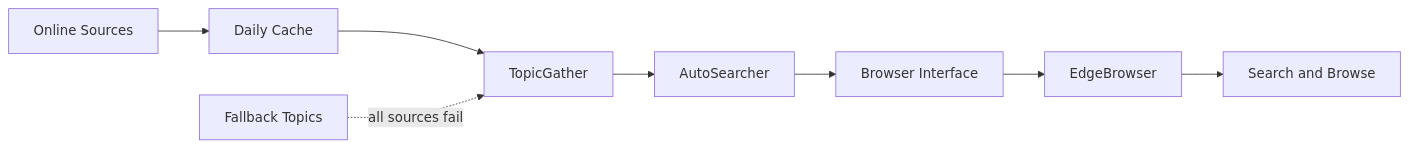
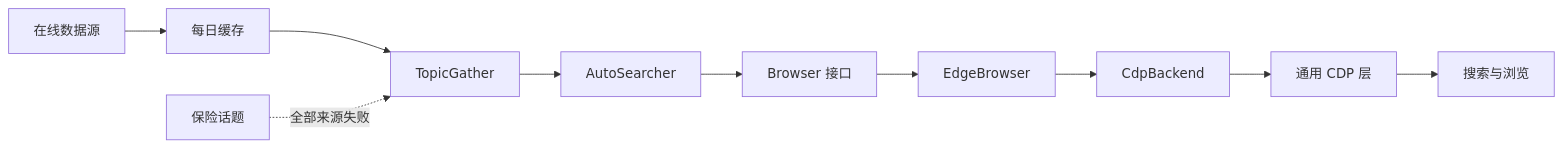
Before and after one commit to Ammmob/AutoSearcher: the diagram in README.zh-CN.md, drawn with Mermaid. The commit also changed other lines of this file and 9 other files, not shown here.

Commit message:
refactor: keep CDP layer browser independent

````diff
--- a/README.zh-CN.md
+++ b/README.zh-CN.md
@@ -46,10 +46,12 @@
 ```mermaid
 flowchart LR
-    Sources[Online Sources] --> Cache[Daily Cache]
+    Sources[在线数据源] --> Cache[每日缓存]
     Cache --> Gather[TopicGather]
-    Fallback[Fallback Topics] -. all sources fail .-> Gather
+    Fallback[保险话题] -. 全部来源失败 .-> Gather
     Gather --> Runner[AutoSearcher]
-    Runner --> Browser[Browser Interface]
+    Runner --> Browser[Browser 接口]
     Browser --> Edge[EdgeBrowser]
-    Edge --> Search[Search and Browse]
+    Edge --> Backend[CdpBackend]
+    Backend --> CDP[通用 CDP 层]
+    CDP --> Search[搜索与浏览]
 ```
````
